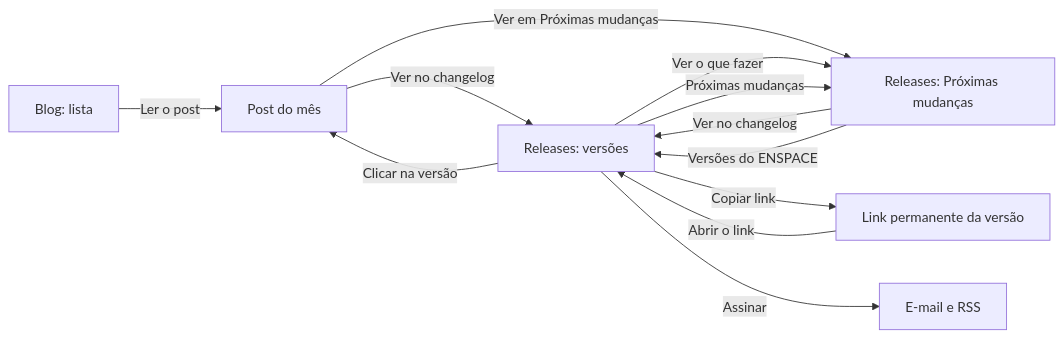
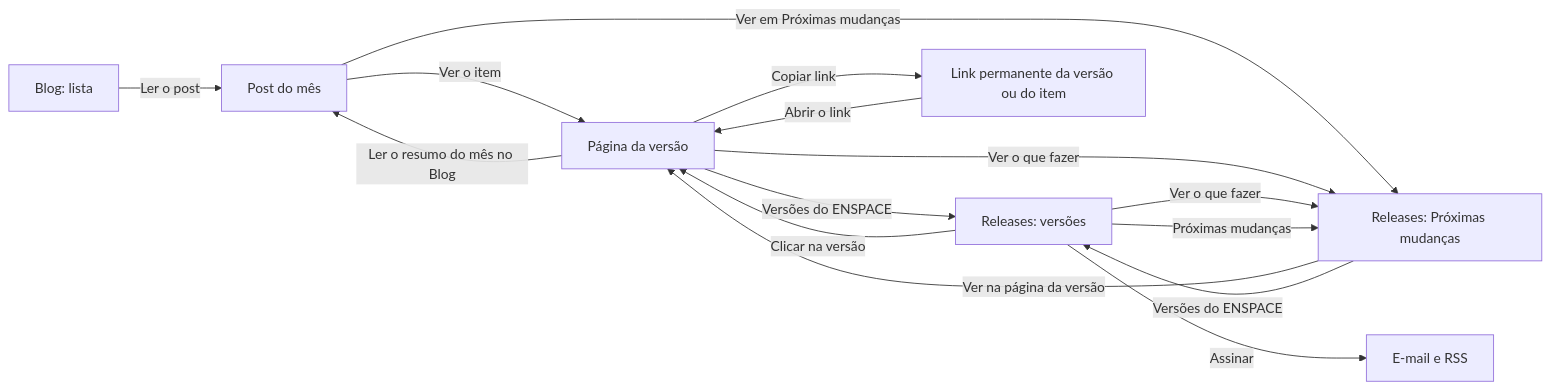
One commit to pernalombr4/prototipos changed the diagram in app/pages/releases-no-docs/DECISOES.md. Above: the diagram before and after it, drawn with Mermaid. The commit also changed other lines of this file and 21 other files, not shown here.

Commit message:
[PROTO] releases-no-docs — rodada 3 — página do changelog por versão, filtro por tamanho (Grandes, Médias, Pequenas) e por funcionalidade, Próximas mudanças só com Nuxt UI, Blog sem post só de changelog

````diff
--- a/app/pages/releases-no-docs/DECISOES.md
+++ b/app/pages/releases-no-docs/DECISOES.md
@@ -18,14 +20,17 @@
 ```mermaid
 flowchart LR
   B[Blog: lista] -->|Ler o post| P[Post do mês]
-  P -->|Ver no changelog| C[Releases: versões]
+  P -->|Ver o item| V[Página da versão]
   P -->|Ver em Próximas mudanças| M[Releases: Próximas mudanças]
+  C[Releases: versões] -->|Clicar na versão| V
+  V -->|Versões do ENSPACE| C
+  V -->|Ler o resumo do mês no Blog| P
+  V -->|Ver o que fazer| M
   C -->|Ver o que fazer| M
   C -->|Próximas mudanças| M
-  M -->|Ver no changelog| C
+  M -->|Ver na página da versão| V
   M -->|Versões do ENSPACE| C
-  C -->|Clicar na versão| P
-  C -->|Copiar link| L[Link permanente da versão]
-  L -->|Abrir o link| C
+  V -->|Copiar link| L[Link permanente da versão ou do item]
+  L -->|Abrir o link| V
   C -->|Assinar| A[E-mail e RSS]
 ```
````
